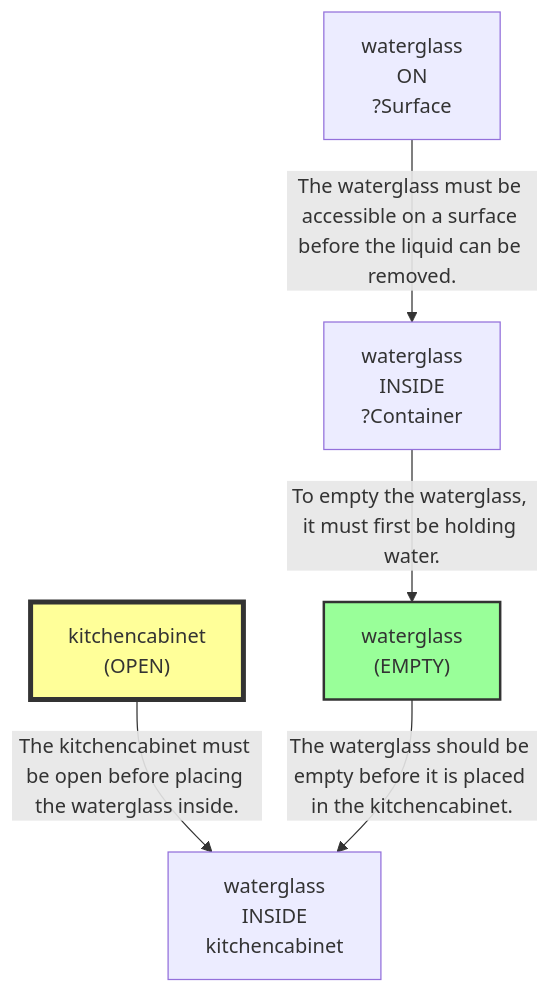
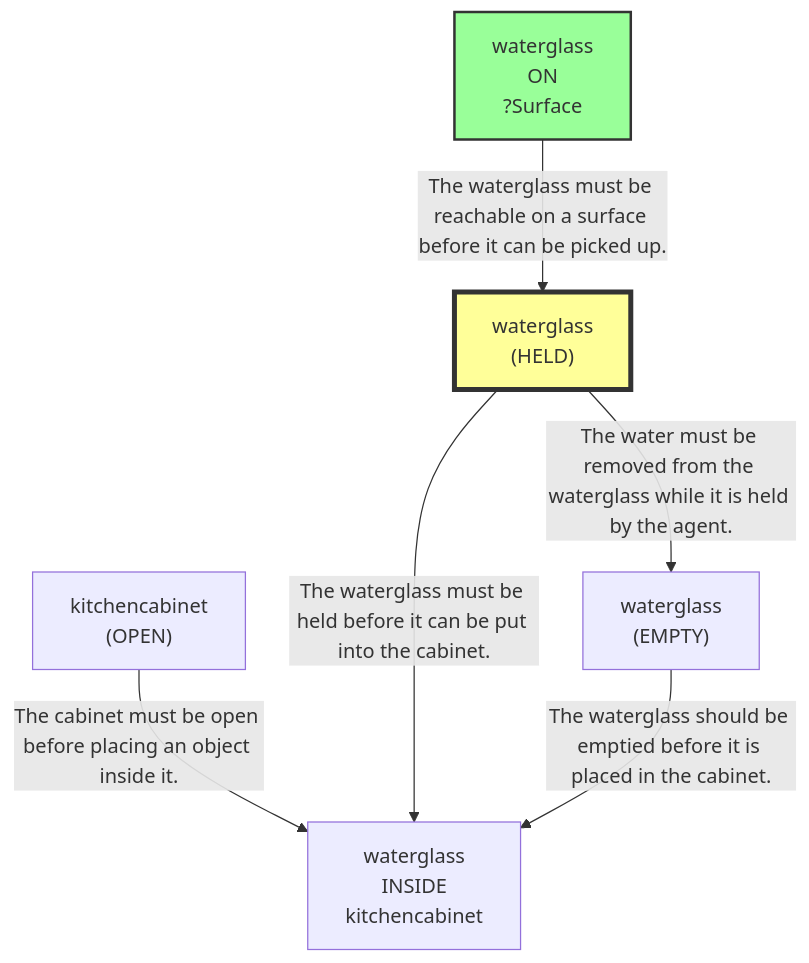
One commit to scuama/virtualhome changed the third of 3 diagrams in evaluation/results/table1/_raw/robostate/run_T1_INST_G1_05_vague.md. Above: the diagram before and after it, drawn with Mermaid. The commit also changed other lines of this file and 46 other files, not shown here.

````diff
--- a/evaluation/results/table1/_raw/robostate/run_T1_INST_G1_05_vague.md
+++ b/evaluation/results/table1/_raw/robostate/run_T1_INST_G1_05_vague.md
@@ -320,14 +259,15 @@
 ```mermaid
 graph TD
-    N1["waterglass<br>INSIDE<br>?Container"]
-    N2["waterglass<br>ON<br>?Surface"]
-    N3["waterglass<br>(EMPTY)"]
-    style N3 fill:#9f9,stroke:#333,stroke-width:2px
+    N1["waterglass<br>ON<br>?Surface"]
+    style N1 fill:#9f9,stroke:#333,stroke-width:2px
+    N2["waterglass<br>(HELD)"]
+    style N2 fill:#ff9,stroke:#333,stroke-width:4px
+    N3["kitchencabinet<br>(OPEN)"]
     N4["waterglass<br>INSIDE<br>kitchencabinet"]
-    N5["kitchencabinet<br>(OPEN)"]
-    style N5 fill:#ff9,stroke:#333,stroke-width:4px
-    N1 -->|"To empty the waterglass, it must first be holding water."| N3
-    N2 -->|"The waterglass must be accessible on a surface before the liquid can be removed."| N1
-    N5 -->|"The kitchencabinet must be open before placing the waterglass inside."| N4
-    N3 -->|"The waterglass should be empty before it is placed in the kitchencabinet."| N4
+    N5["waterglass<br>(EMPTY)"]
+    N1 -->|"The waterglass must be reachable on a surface before it can be picked up."| N2
+    N2 -->|"The water must be removed from the waterglass while it is held by the agent."| N5
+    N3 -->|"The cabinet must be open before placing an object inside it."| N4
+    N2 -->|"The waterglass must be held before it can be put into the cabinet."| N4
+    N5 -->|"The waterglass should be emptied before it is placed in the cabinet."| N4
 ```
````
